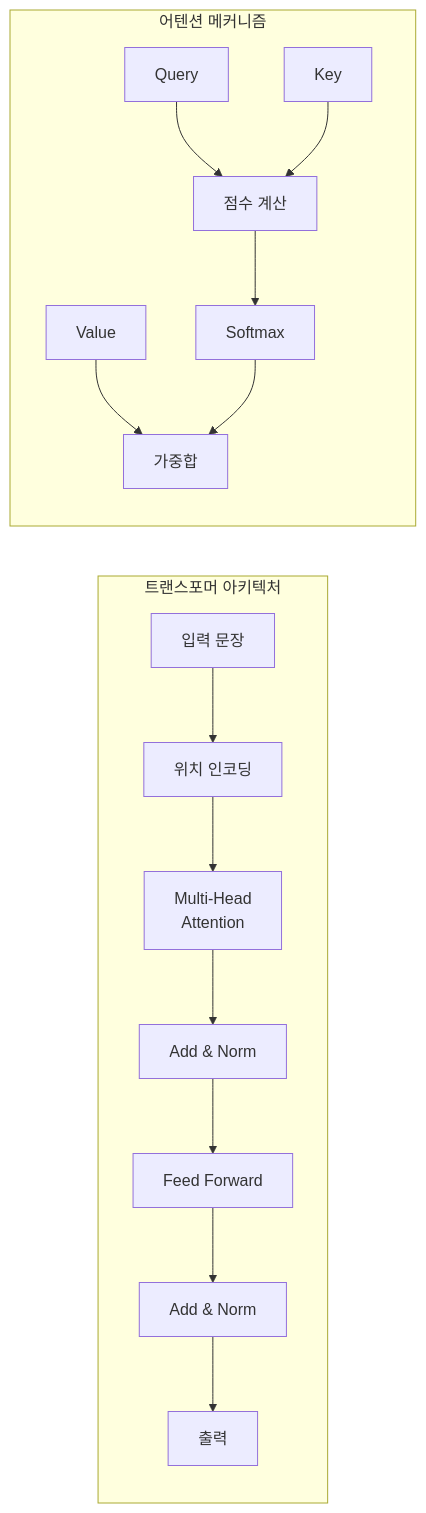
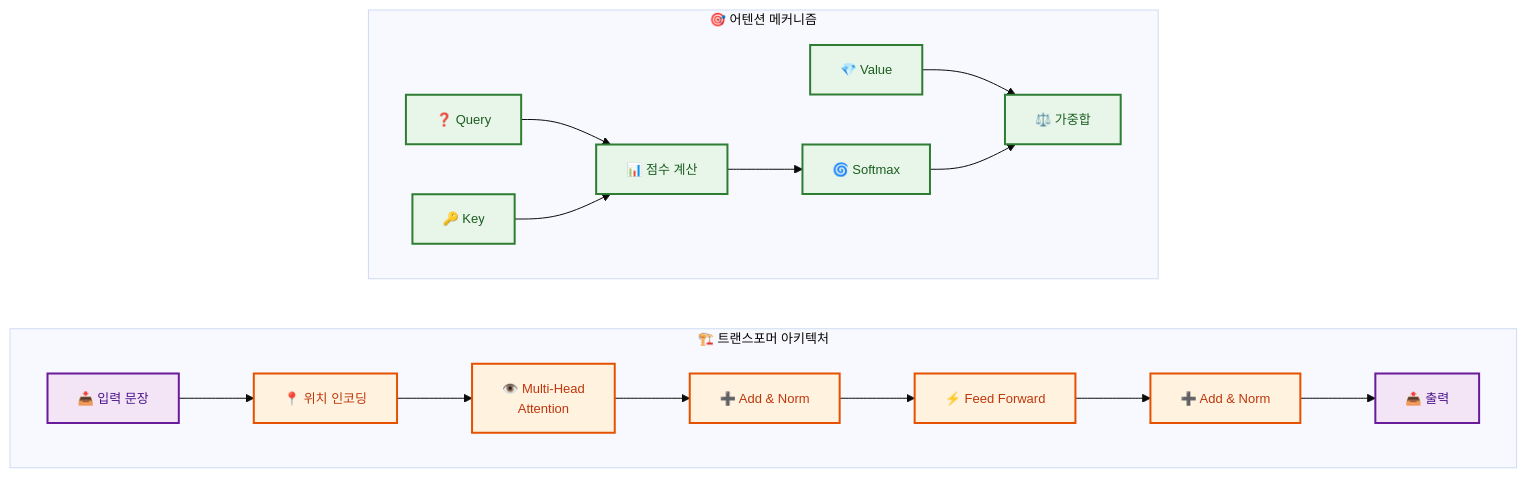
Before and after one commit to jingu279/Document: diagram 13 of 19 in ai-programming/README.md, drawn with Mermaid. The commit also changed other lines of this file, not shown here.

First line of the commit message:
README Mermaid 다이어그램 스타일링 개선

````diff
--- a/ai-programming/README.md
+++ b/ai-programming/README.md
@@ -323,19 +486,40 @@
 ```mermaid
+%%{init: {'theme': 'base', 'themeVariables': {'fontSize': '13px'}}}%%
 flowchart LR
-  subgraph Transformer[트랜스포머 아키텍처]
-    Input2["입력 문장"] --> Pos["위치 인코딩"]
-    Pos --> MH["Multi-Head<br/>Attention"]
-    MH --> Add1["Add & Norm"]
-    Add1 --> FF["Feed Forward"]
-    FF --> Add2["Add & Norm"]
-    Add2 --> Output2["출력"]
+  subgraph Transformer[🏗️ 트랜스포머 아키텍처]
+    direction LR
+    Input2["📥 입력 문장"]
+    Pos["📍 위치 인코딩"]
+    MH["👁️ Multi-Head<br/>Attention"]
+    Add1["➕ Add & Norm"]
+    FF["⚡ Feed Forward"]
+    Add2["➕ Add & Norm"]
+    Output2["📤 출력"]
   end
 
-  subgraph Attention[어텐션 메커니즘]
-    Q["Query"] --> Score["점수 계산"]
-    K["Key"] --> Score
-    Score --> Soft["Softmax"]
-    V["Value"] --> Weight["가중합"]
-    Soft --> Weight
+  Input2 --> Pos --> MH --> Add1 --> FF --> Add2 --> Output2
+
+  subgraph Attention[🎯 어텐션 메커니즘]
+    direction LR
+    Q["❓ Query"]
+    K["🔑 Key"]
+    V["💎 Value"]
+    Score["📊 점수 계산"]
+    Soft["🌀 Softmax"]
+    Weight["⚖️ 가중합"]
   end
+
+  Q --> Score
+  K --> Score
+  Score --> Soft
+  V --> Weight
+  Soft --> Weight
+
+  classDef input fill:#f3e5f5,stroke:#6a1b9a,stroke-width:2px,color:#4a148c
+  classDef proc fill:#fff3e0,stroke:#e65100,stroke-width:2px,color:#bf360c
+  classDef att fill:#e8f5e9,stroke:#2e7d32,stroke-width:2px,color:#1b5e20
+  classDef out fill:#c8e6c9,stroke:#2e7d32,stroke-width:2px,color:#1b5e20
+  class Input2,Output2 input
+  class Pos,MH,Add1,FF,Add2 proc
+  class Q,K,V,Score,Soft,Weight att
 ```
````
